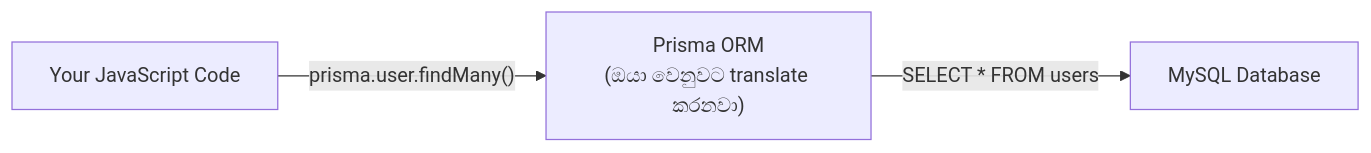
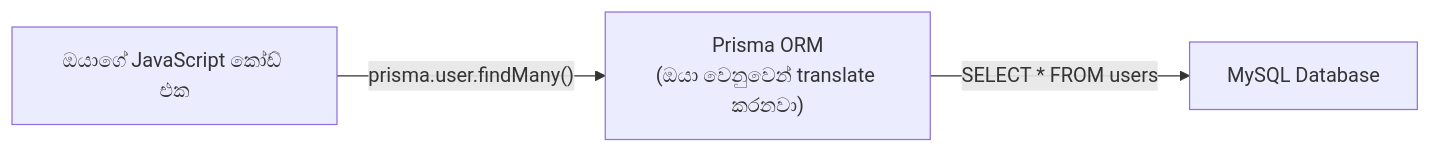
Before and after one commit to Nimsika-Bosilu/designHer_2.0-Student-Attendance-Management-System: the tenth of 33 diagrams in backend/sinhala-translation-document/README.md, drawn with Mermaid. The commit also changed other lines of this file and 28 other files, not shown here.

````diff
--- a/backend/sinhala-translation-document/README.md
+++ b/backend/sinhala-translation-document/README.md
@@ -339,5 +481,5 @@
 ```mermaid
 flowchart LR
-    A["Your JavaScript Code"] -->|"prisma.user.findMany()"| B["Prisma ORM\n(ඔයා වෙනුවට translate කරනවා)"]
+    A["ඔයාගේ JavaScript කෝඩ් එක"] -->|"prisma.user.findMany()"| B["Prisma ORM\n(ඔයා වෙනුවෙන් translate කරනවා)"]
     B -->|"SELECT * FROM users"| C["MySQL Database"]
 ```
````
